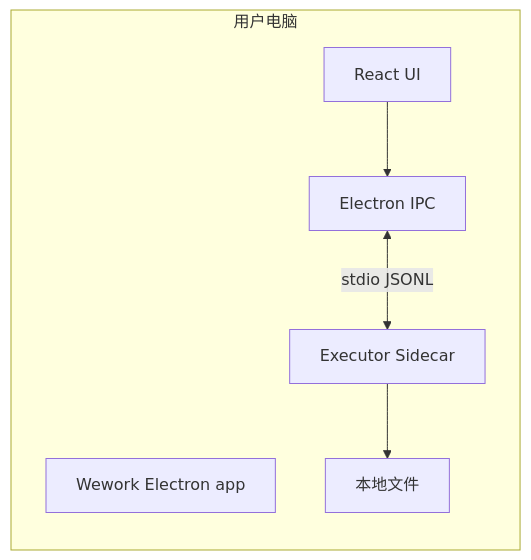
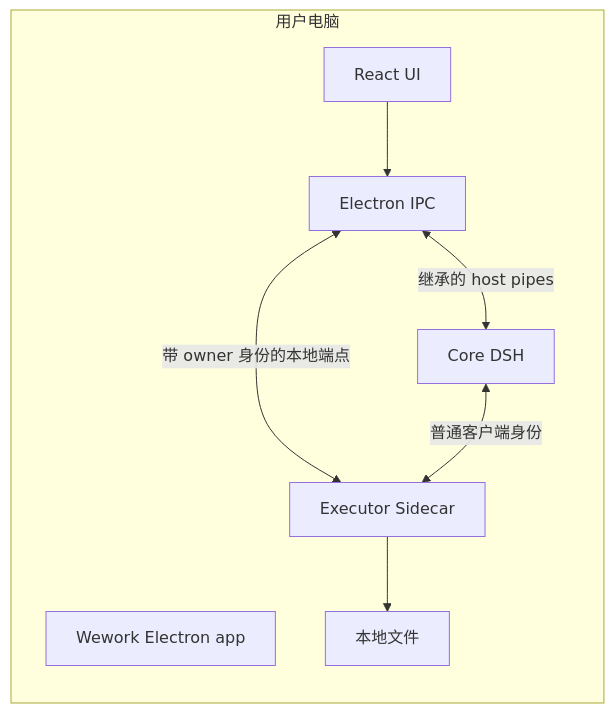
The second of 8 diagrams in i18n/zh/docusaurus-plugin-content-docs/current/wegent/developer-guide/local-device-architecture.md (wecode-ai/wegent-docs), drawn with Mermaid before and after one commit. The commit also changed other lines of this file and 1 other file, not shown here.

````diff
--- a/i18n/zh/docusaurus-plugin-content-docs/current/wegent/developer-guide/local-device-architecture.md
+++ b/i18n/zh/docusaurus-plugin-content-docs/current/wegent/developer-guide/local-device-architecture.md
@@ -43,14 +43,17 @@
 ```mermaid
 flowchart LR
     subgraph "用户电脑"
         APP["Wework Electron app"]
         UI["React UI"]
         ELECTRON["Electron IPC"]
         EX["Executor Sidecar"]
+        DSH["Core DSH"]
         FS["本地文件"]
     end
 
     UI --> ELECTRON
-    ELECTRON <-->|"stdio JSONL"| EX
+    ELECTRON <-->|"带 owner 身份的本地端点"| EX
+    ELECTRON <-->|"继承的 host pipes"| DSH
+    DSH <-->|"普通客户端身份"| EX
     EX --> FS
 ```
````
